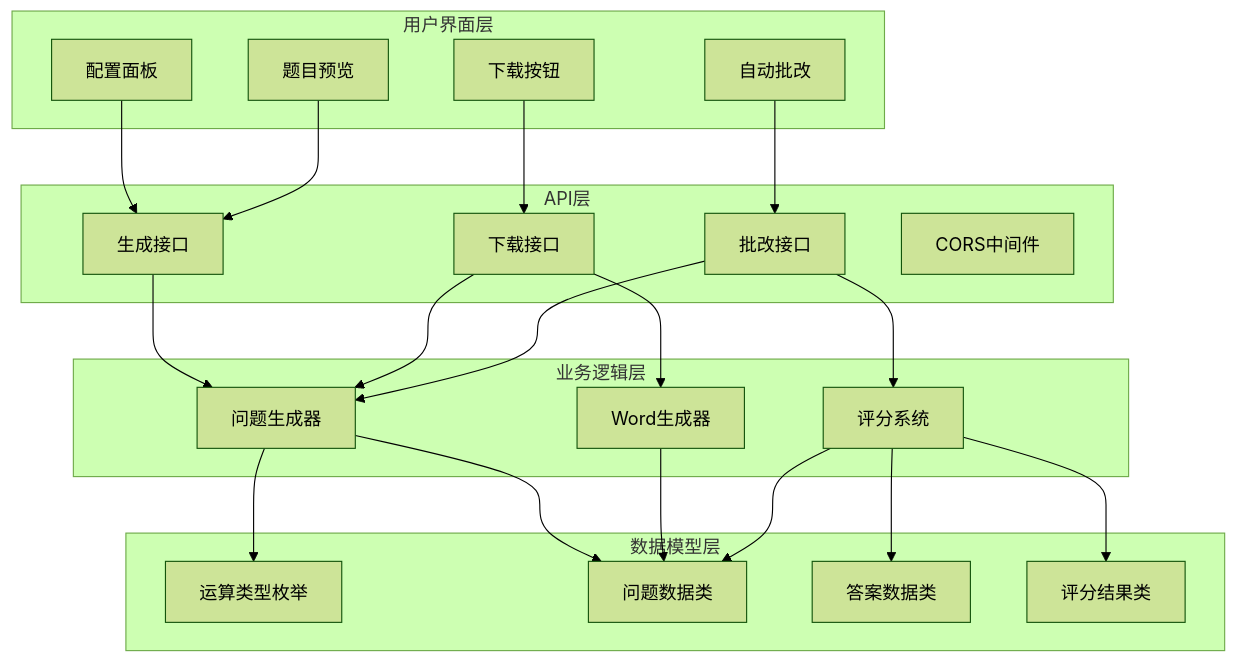
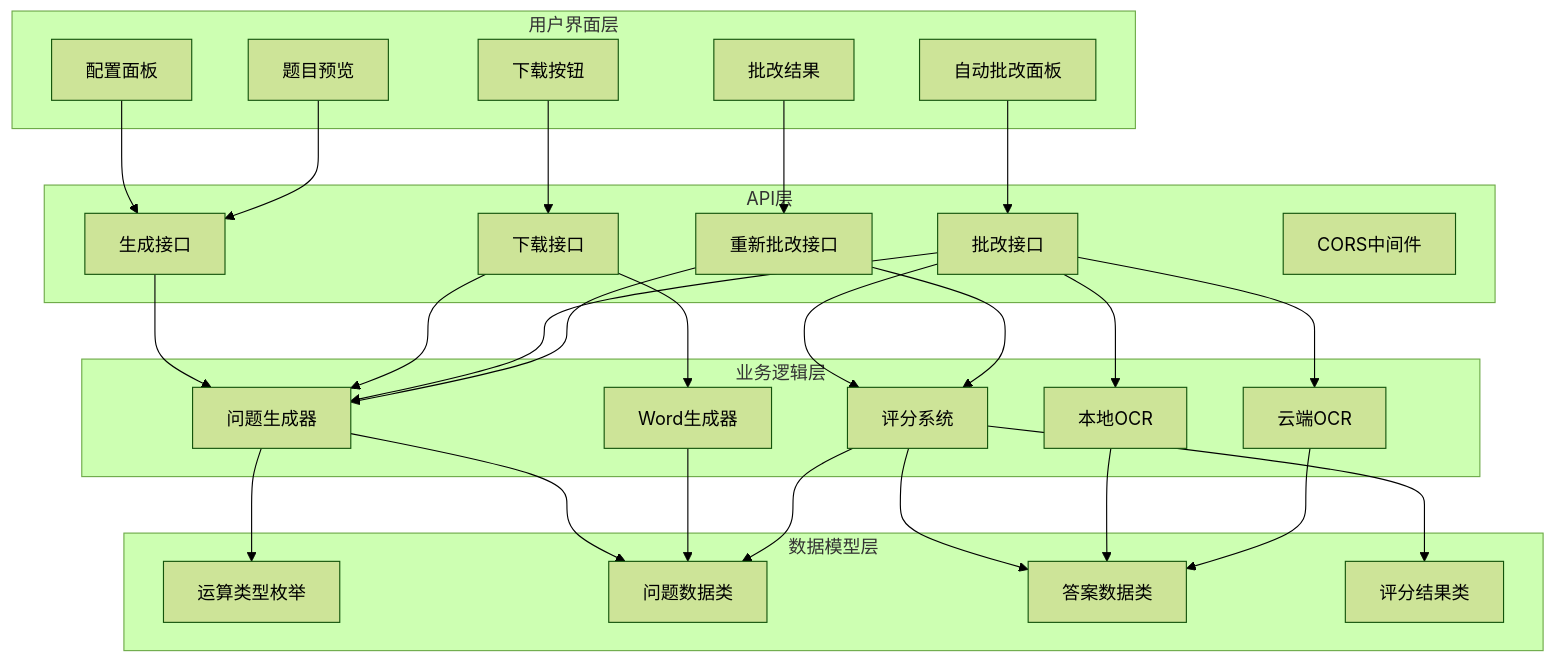
The sixth of 10 diagrams in .qoder/repowiki/zh/content/项目结构/核心生成器.md (SimonWHL/math-learning), drawn with Mermaid (forest theme) before and after one commit. The commit also changed other lines of this file and 4 other files, not shown here.

Commit message:
fix: resolve 405 Method Not Allowed on POST /api/grade - replace StaticFiles mount with GET-only SPA fallback

````diff
--- a/.qoder/repowiki/zh/content/项目结构/核心生成器.md
+++ b/.qoder/repowiki/zh/content/项目结构/核心生成器.md
@@ -204,41 +263,52 @@
 ```mermaid
 graph TB
 subgraph "用户界面层"
 UI_Config[配置面板]
+UI_GradePanel[自动批改面板]
+UI_GradeResult[批改结果]
 UI_Preview[题目预览]
 UI_Download[下载按钮]
-UI_Grade[自动批改]
 end
 subgraph "API层"
 API_Generate[生成接口]
 API_Download[下载接口]
 API_Grade[批改接口]
+API_Recheck[重新批改接口]
 API_CORS[CORS中间件]
 end
 subgraph "业务逻辑层"
 BL_Generator[问题生成器]
 BL_Word[Word生成器]
 BL_Checker[评分系统]
+BL_OCR_Local[本地OCR]
+BL_OCR_Cloud[云端OCR]
 end
 subgraph "数据模型层"
 DM_Operation[运算类型枚举]
 DM_Problem[问题数据类]
 DM_Answer[答案数据类]
 DM_Result[评分结果类]
 end
 UI_Config --> API_Generate
+UI_GradePanel --> API_Grade
+UI_GradeResult --> API_Recheck
 UI_Preview --> API_Generate
 UI_Download --> API_Download
-UI_Grade --> API_Grade
 API_Generate --> BL_Generator
 API_Download --> BL_Generator
 API_Download --> BL_Word
 API_Grade --> BL_Generator
 API_Grade --> BL_Checker
+API_Grade --> BL_OCR_Local
+API_Grade --> BL_OCR_Cloud
+API_Recheck --> BL_Generator
+API_Recheck --> BL_Checker
 BL_Generator --> DM_Operation
 BL_Generator --> DM_Problem
 BL_Word --> DM_Problem
 BL_Checker --> DM_Problem
 BL_Checker --> DM_Answer
 BL_Checker --> DM_Result
+BL_OCR_Local --> DM_Answer
+BL_OCR_Cloud --> DM_Answer
 ```
````
